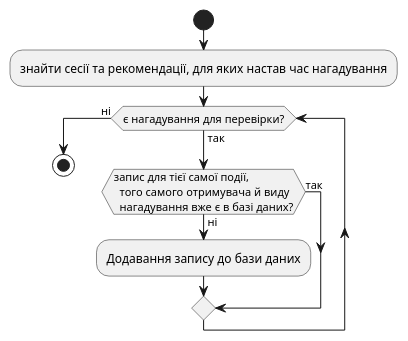
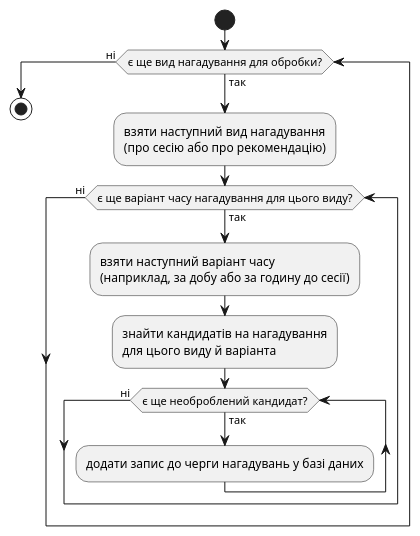
The diagram in docs/diagrams/reminders-activity-decision.puml (ArtemSmotritel/psycho), drawn with PlantUML before and after one commit. The commit also changed 49 other files, not shown here.

```diff
--- a/docs/diagrams/reminders-activity-decision.puml
+++ b/docs/diagrams/reminders-activity-decision.puml
@@ -1,28 +1,17 @@
 @startuml
-' ДОДАТОК Ж, рисунок Ж.1 — Діаграма діяльності етапу прийняття рішень пакета
-' «Нагадування» (підрозділ 2.6.4).
-' Платформонезалежний рівень (PIM): без конкретних інтервалів, назв таблиць чи
-' зовнішніх сервісів — ці деталі належать реалізації
-' (підрозділ 3.3.4, додаток У, docs/diagrams/reminders-realization-activity-decision.puml).
-' Один пошук охоплює і сесії, і рекомендації, тому нагадування про сесію й
-' нагадування про рекомендацію не виключають одне одного.
-' Етап прийняття рішень лише додає записи в чергу нагадувань. З етапом надсилання
-' (рисунок Ж.2) він не має спільного потоку керування: взаємодія відбувається
-' виключно через чергу нагадувань у базі даних.
-' Конкретні умови пошуку (вікна часу, правило для рекомендацій, одержувачі)
-' наведено окремим абзацом у підрозділі 2.6.4.
-
-start
-:знайти сесії та рекомендації, для яких настав час нагадування;
-while (є нагадування для перевірки?) is (так)
-  if (запис для тієї самої події,
-  того самого отримувача й виду
-  нагадування вже є в базі даних?) then (так)
-  else (ні)
-    :Додавання запису до бази даних;
-  endif
-endwhile (ні)
-stop
-
-
-@enduml
+  start
+  while (є ще вид нагадування для обробки?) is (так)
+    :взяти наступний вид нагадування
+    (про сесію або про рекомендацію);
+    while (є ще варіант часу нагадування для цього виду?) is (так)
+      :взяти наступний варіант часу
+      (наприклад, за добу або за годину до сесії);
+      :знайти кандидатів на нагадування
+      для цього виду й варіанта;
+      while (є ще необроблений кандидат?) is (так)
+        :додати запис до черги нагадувань у базі даних;
+      endwhile (ні)
+    endwhile (ні)
+  endwhile (ні)
+  stop
+  @enduml
```
